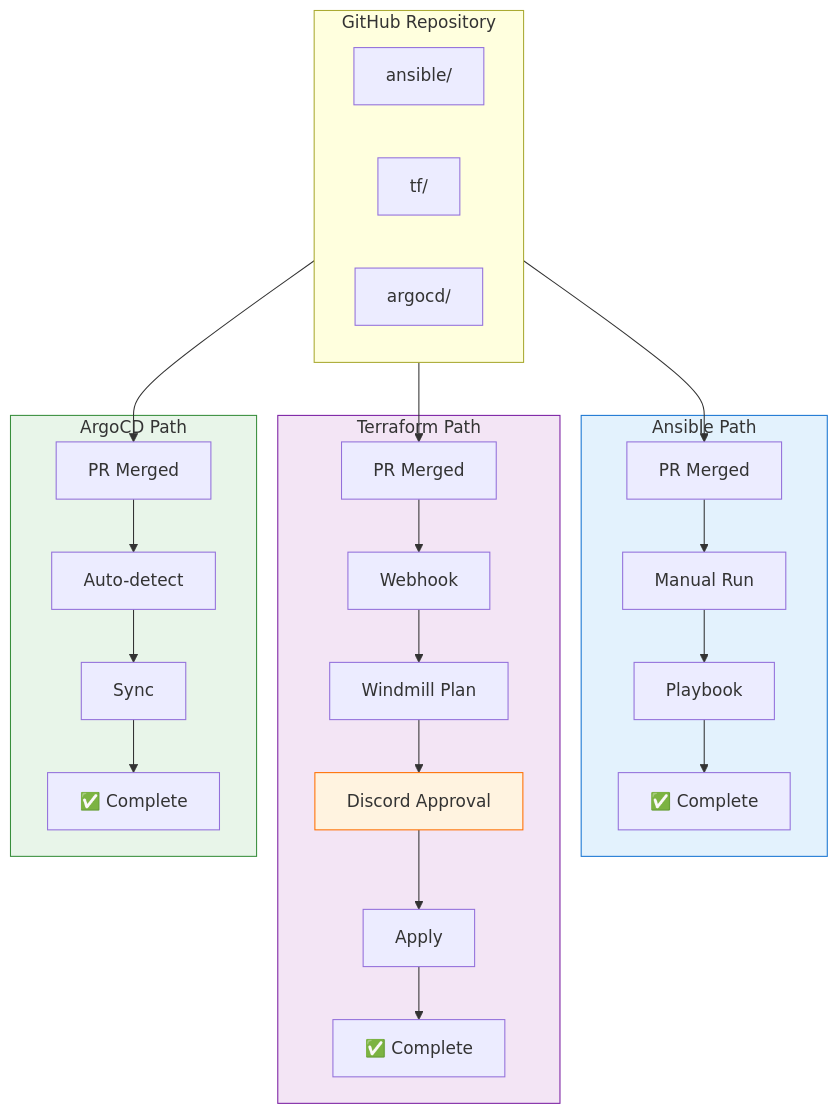
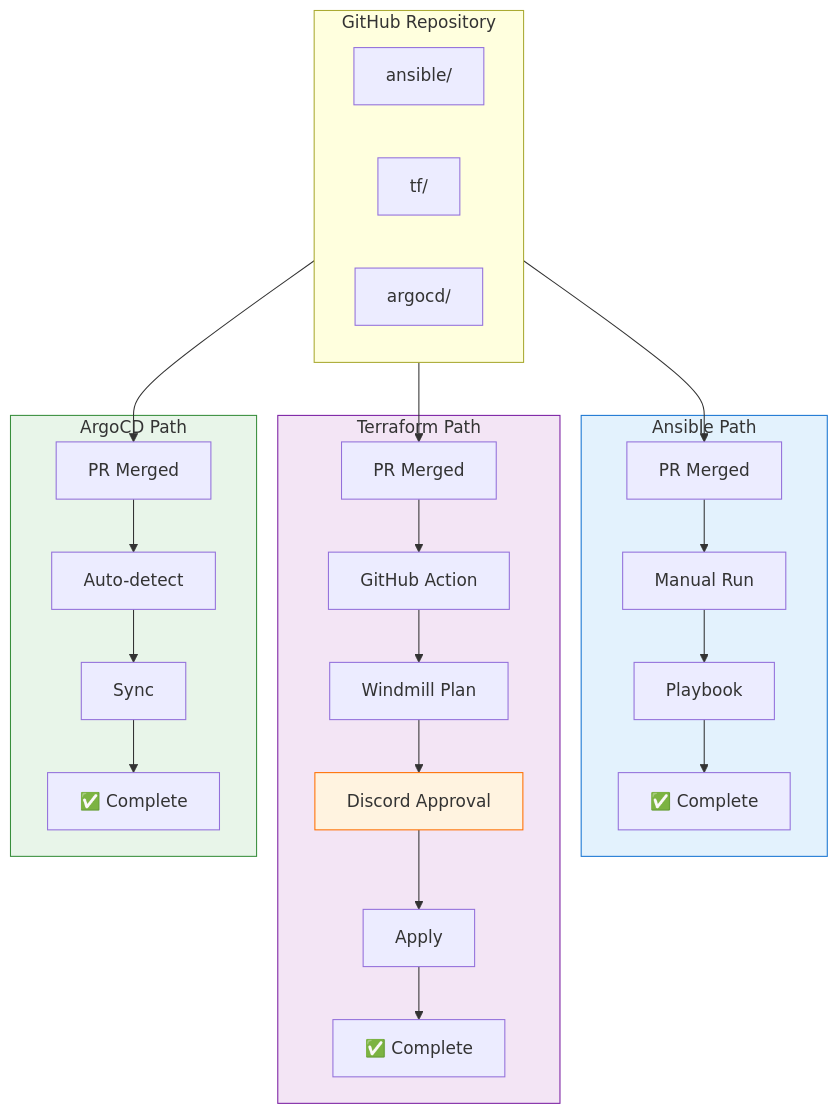
One commit to fzymgc-house/selfhosted-cluster changed the second of 3 diagrams in README.md. Above: the diagram before and after it, drawn with Mermaid. The commit also changed other lines of this file and 1 other file, not shown here.

First line of the commit message:
docs: fix diagram accuracy issues from PR review

````diff
--- a/README.md
+++ b/README.md
@@ -68,38 +70,38 @@
 ```mermaid
 flowchart TD
     subgraph GitHub["GitHub Repository"]
         direction LR
         GH1[ansible/]
         GH2[tf/]
         GH3[argocd/]
     end
 
     subgraph Ansible["Ansible Path"]
         A1[PR Merged] --> A2[Manual Run]
         A2 --> A3[Playbook]
         A3 --> A4[✅ Complete]
     end
 
     subgraph Terraform["Terraform Path"]
-        T1[PR Merged] --> T2[Webhook]
+        T1[PR Merged] --> T2[GitHub Action]
         T2 --> T3[Windmill Plan]
         T3 --> T4[Discord Approval]
         T4 --> T5[Apply]
         T5 --> T6[✅ Complete]
     end
 
     subgraph ArgoCD["ArgoCD Path"]
         C1[PR Merged] --> C2[Auto-detect]
         C2 --> C3[Sync]
         C3 --> C4[✅ Complete]
     end
 
     GH1 --> A1
     GH2 --> T1
     GH3 --> C1
 
     style Ansible fill:#e3f2fd,stroke:#1976d2
     style Terraform fill:#f3e5f5,stroke:#7b1fa2
     style ArgoCD fill:#e8f5e9,stroke:#388e3c
     style T4 fill:#fff3e0,stroke:#ff6f00
 ```
````
